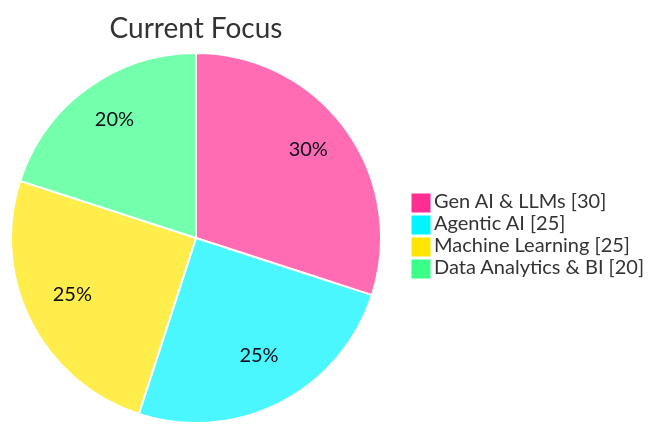
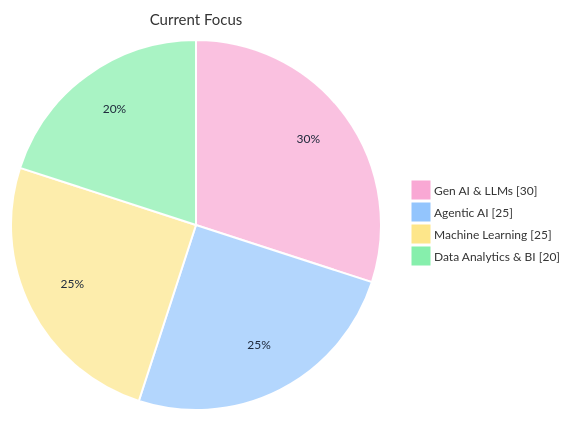
The fifth of 6 diagrams in README.md (CodeBy-Divya/CodeBy-Divya), drawn with Mermaid before and after one commit. The commit also changed other lines of this file, not shown here.

````diff
--- a/README.md
+++ b/README.md
@@ -249,9 +240,9 @@
 ```mermaid
-%%{init: {'theme':'base','themeVariables':{'pie1':'#FF2E93','pie2':'#00F5FF','pie3':'#FFE600','pie4':'#39FF88','pieTitleTextSize':'28px','pieSectionTextSize':'20px','pieLegendTextSize':'20px','pieSectionTextColor':'#0b0f1a','pieStrokeColor':'#ffffff','pieOuterStrokeColor':'#ffffff'}}}%%
+%%{init: {'theme':'base','pie':{'useWidth':380},'themeVariables':{'pie1':'#F9A8D4','pie2':'#93C5FD','pie3':'#FDE68A','pie4':'#86EFAC','pieTitleTextSize':'15px','pieSectionTextSize':'12px','pieLegendTextSize':'12px','pieSectionTextColor':'#1e293b','pieStrokeColor':'#ffffff','pieOuterStrokeColor':'#ffffff'}}}%%
 pie showData
     title Current Focus
     "Gen AI & LLMs" : 30
     "Agentic AI" : 25
     "Machine Learning" : 25
     "Data Analytics & BI" : 20
 ```
````
